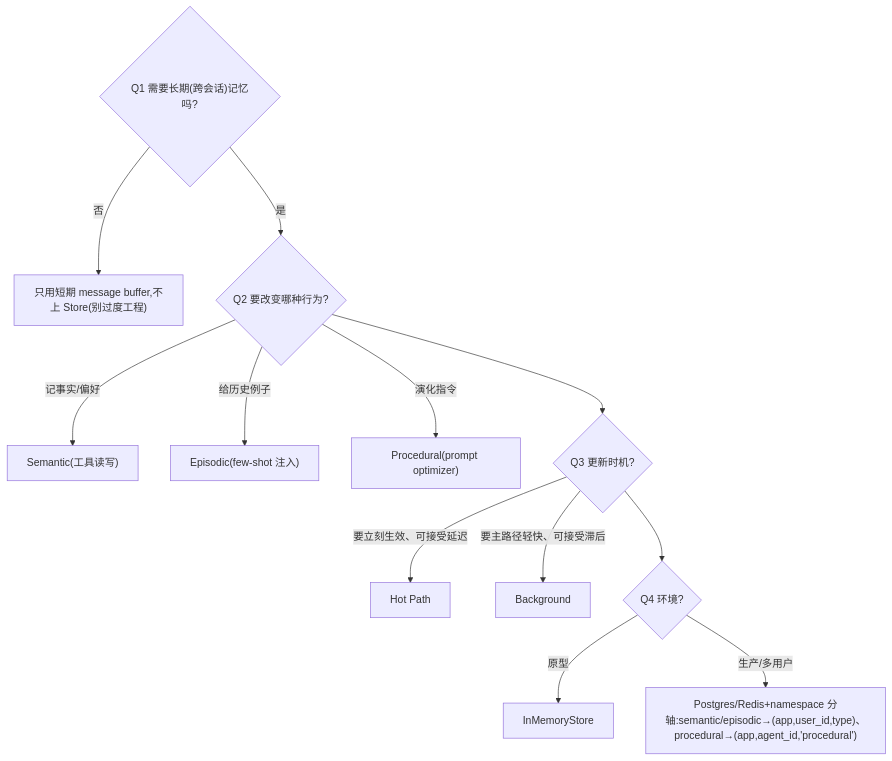
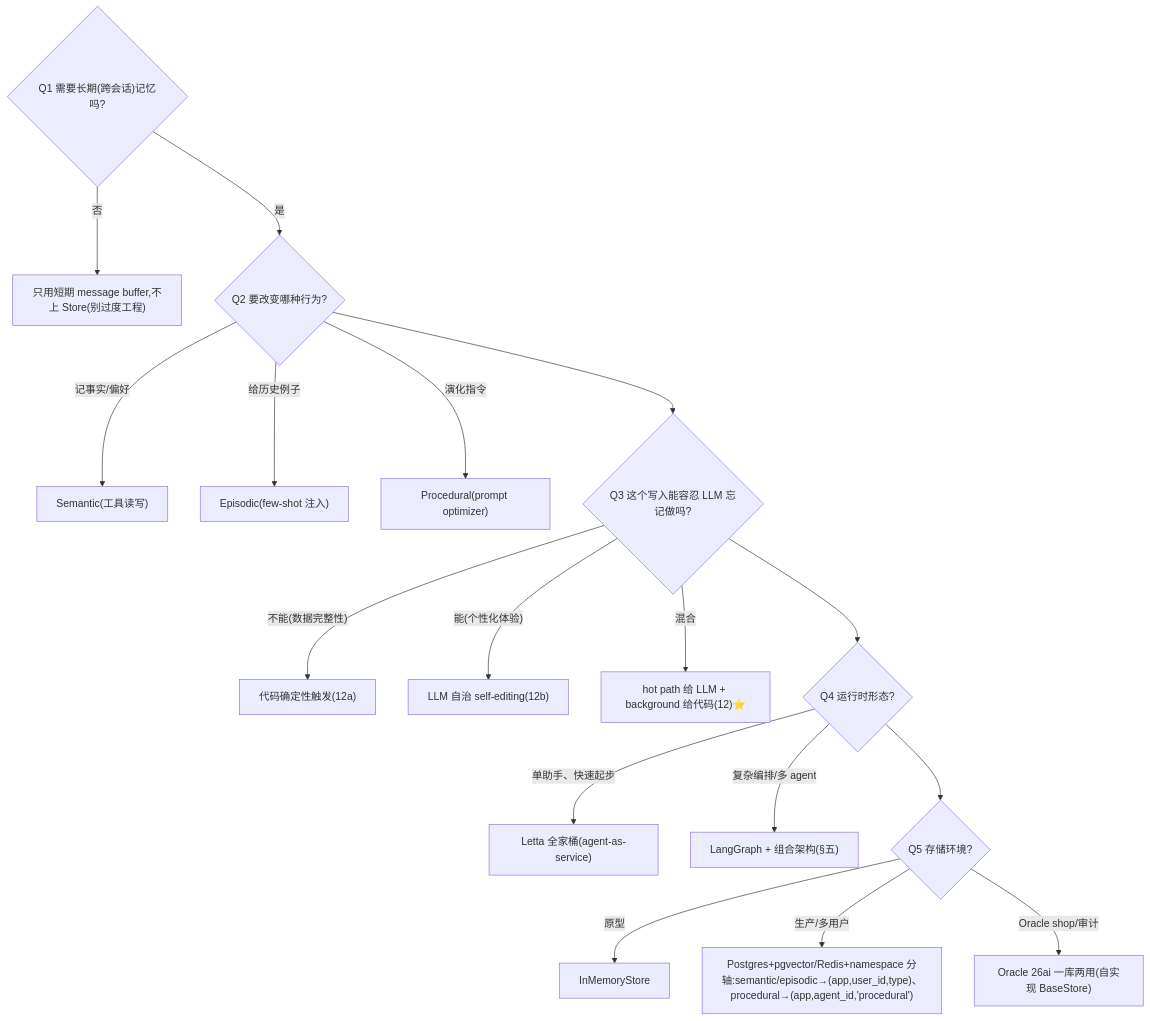
One commit to Colonel86/ai-agent-learn changed the second of 2 diagrams in agent/skills/agent-selection/6-memory.md. Above: the diagram before and after it, drawn with Mermaid. The commit also changed other lines of this file and 1 other file, not shown here.

````diff
--- a/agent/skills/agent-selection/6-memory.md
+++ b/agent/skills/agent-selection/6-memory.md
@@ -72,15 +127,20 @@
 ```mermaid
 flowchart TB
     Q1{"Q1 需要长期(跨会话)记忆吗?"}
     Q1 -->|"否"| N["只用短期 message buffer,不上 Store(别过度工程)"]
     Q1 -->|"是"| Q2{"Q2 要改变哪种行为?"}
     Q2 -->|"记事实/偏好"| A["Semantic(工具读写)"]
     Q2 -->|"给历史例子"| B["Episodic(few-shot 注入)"]
     Q2 -->|"演化指令"| C["Procedural(prompt optimizer)"]
-    Q2 --> Q3{"Q3 更新时机?"}
-    Q3 -->|"要立刻生效、可接受延迟"| H["Hot Path"]
-    Q3 -->|"要主路径轻快、可接受滞后"| BG["Background"]
-    Q3 --> Q4{"Q4 环境?"}
-    Q4 -->|"原型"| IM["InMemoryStore"]
-    Q4 -->|"生产/多用户"| PG["Postgres/Redis+namespace 分轴:semantic/episodic→(app,user_id,type)、procedural→(app,agent_id,'procedural')"]
+    Q2 --> Q3{"Q3 这个写入能容忍 LLM 忘记做吗?"}
+    Q3 -->|"不能(数据完整性)"| DET["代码确定性触发(12a)"]
+    Q3 -->|"能(个性化体验)"| AUTO["LLM 自治 self-editing(12b)"]
+    Q3 -->|"混合"| H["hot path 给 LLM + background 给代码(12)⭐"]
+    Q3 --> Q4{"Q4 运行时形态?"}
+    Q4 -->|"单助手、快速起步"| LETTA["Letta 全家桶(agent-as-service)"]
+    Q4 -->|"复杂编排/多 agent"| LG["LangGraph + 组合架构(§五)"]
+    Q4 --> Q5{"Q5 存储环境?"}
+    Q5 -->|"原型"| IM["InMemoryStore"]
+    Q5 -->|"生产/多用户"| PG["Postgres+pgvector/Redis+namespace 分轴:semantic/episodic→(app,user_id,type)、procedural→(app,agent_id,'procedural')"]
+    Q5 -->|"Oracle shop/审计"| ORA["Oracle 26ai 一库两用(自实现 BaseStore)"]
 ```
````
